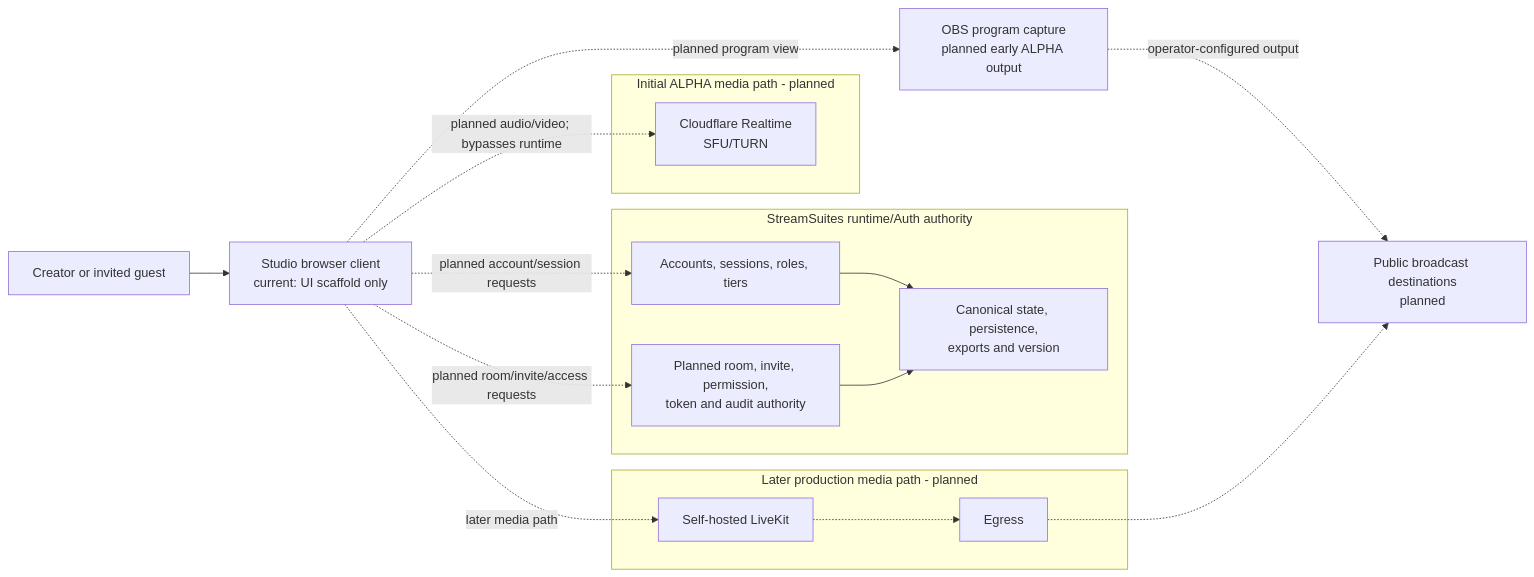
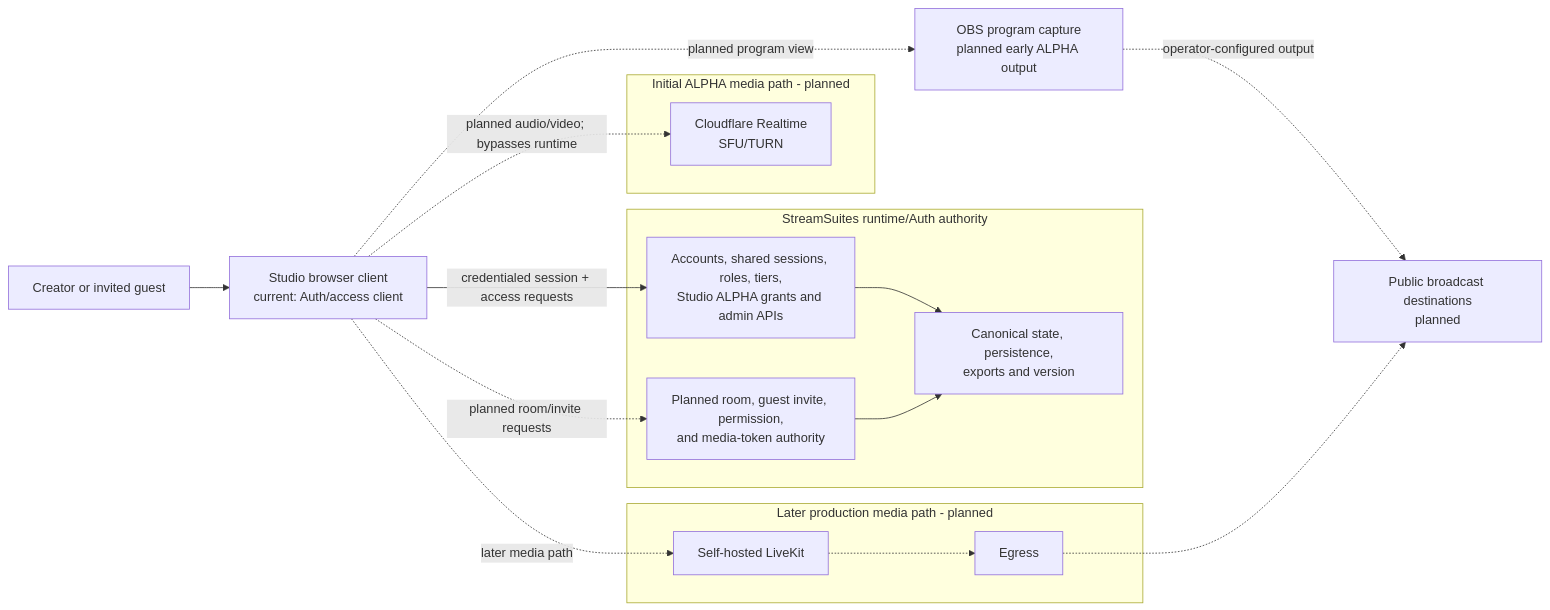
One commit to BSMediaGroup/StreamSuites-Studio changed the diagram in docs/system-architecture.md. Above: the diagram before and after it, drawn with Mermaid. The commit also changed other lines of this file and 25 other files, not shown here.

First line of the commit message:
Integrate Studio authentication and closed ALPHA access

````diff
--- a/docs/system-architecture.md
+++ b/docs/system-architecture.md
@@ -9,37 +9,37 @@
 ```mermaid
 flowchart LR
     User["Creator or invited guest"]
-    Studio["Studio browser client<br/>current: UI scaffold only"]
+    Studio["Studio browser client<br/>current: Auth/access client"]
 
     subgraph Runtime["StreamSuites runtime/Auth authority"]
-        Auth["Accounts, sessions, roles, tiers"]
-        Rooms["Planned room, invite, permission,<br/>token and audit authority"]
+        Auth["Accounts, shared sessions, roles, tiers,<br/>Studio ALPHA grants and admin APIs"]
+        Rooms["Planned room, guest invite, permission,<br/>and media-token authority"]
         State["Canonical state, persistence,<br/>exports and version"]
     end
 
     subgraph InitialMedia["Initial ALPHA media path - planned"]
         Realtime["Cloudflare Realtime<br/>SFU/TURN"]
     end
 
     subgraph ProductionMedia["Later production media path - planned"]
         LiveKit["Self-hosted LiveKit"]
         Egress["Egress"]
     end
 
     OBS["OBS program capture<br/>planned early ALPHA output"]
     Destinations["Public broadcast destinations<br/>planned"]
 
     User --> Studio
-    Studio -. "planned account/session requests" .-> Auth
-    Studio -. "planned room/invite/access requests" .-> Rooms
+    Studio -->|"credentialed session + access requests"| Auth
+    Studio -. "planned room/invite requests" .-> Rooms
     Auth --> State
     Rooms --> State
 
     Studio -. "planned audio/video; bypasses runtime" .-> Realtime
     Studio -. "planned program view" .-> OBS
     OBS -. "operator-configured output" .-> Destinations
 
     Studio -. "later media path" .-> LiveKit
     LiveKit -.-> Egress
     Egress -.-> Destinations
 ```
````
